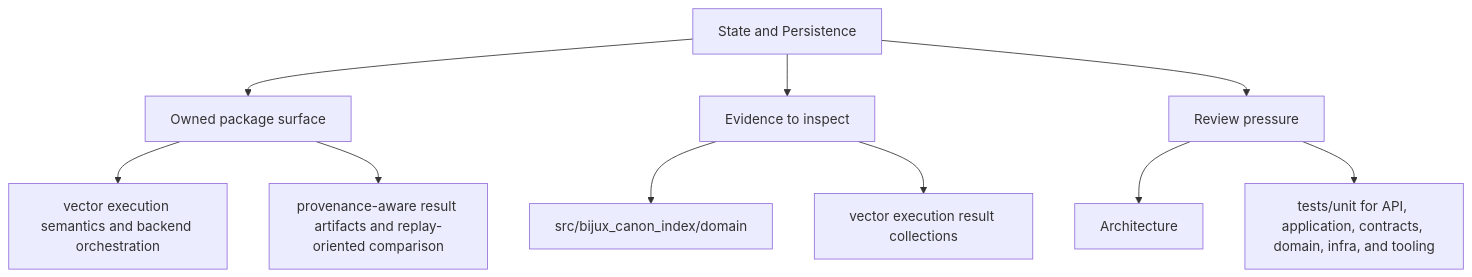
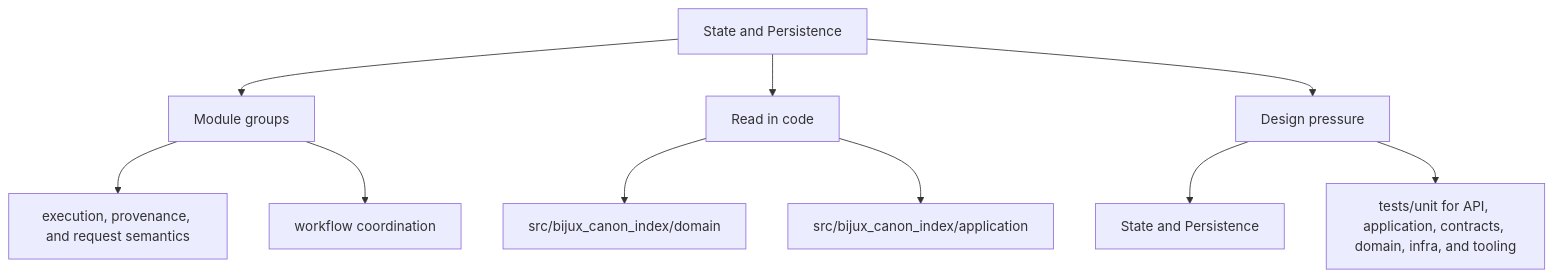
The second of 2 diagrams in docs/bijux-canon-index/architecture/state-and-persistence.md (bijux/bijux-canon), drawn with Mermaid before and after one commit. The commit also changed other lines of this file and 250 other files, not shown here.

Commit message:
docs(diagrams): make product page maps more readable

````diff
--- a/docs/bijux-canon-index/architecture/state-and-persistence.md
+++ b/docs/bijux-canon-index/architecture/state-and-persistence.md
@@ -35,22 +35,22 @@
 ```mermaid
 flowchart TD
     page["State and Persistence"]
-    focus1["Owned package surface"]
+    focus1["Module groups"]
     page --> focus1
-    focus1_1["vector execution semantics and backend orchestration"]
+    focus1_1["execution, provenance, and request semantics"]
     focus1 --> focus1_1
-    focus1_2["provenance-aware result artifacts and replay-oriented comparison"]
+    focus1_2["workflow coordination"]
     focus1 --> focus1_2
-    focus2["Evidence to inspect"]
+    focus2["Read in code"]
     page --> focus2
     focus2_1["src/bijux_canon_index/domain"]
     focus2 --> focus2_1
-    focus2_2["vector execution result collections"]
+    focus2_2["src/bijux_canon_index/application"]
     focus2 --> focus2_2
-    focus3["Review pressure"]
+    focus3["Design pressure"]
     page --> focus3
-    focus3_1["Architecture"]
+    focus3_1["State and Persistence"]
     focus3 --> focus3_1
     focus3_2["tests/unit for API, application, contracts, domain, infra, and tooling"]
     focus3 --> focus3_2
 ```
````
